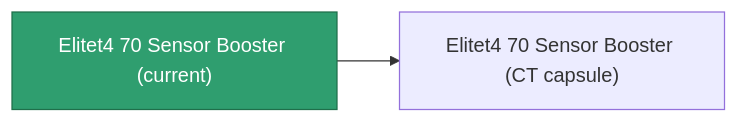
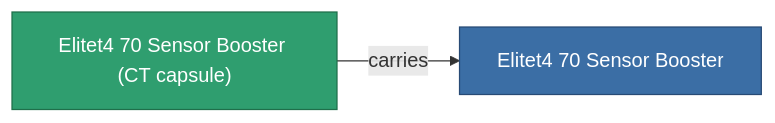
Before and after one commit to OpenPerpetuum/Wiki: the diagram in content/content/items/elitet4_70_sensor_booster.md, drawn with Mermaid. The commit also changed other lines of this file and 2015 other files, not shown here.

````diff
--- a/content/content/items/elitet4_70_sensor_booster.md
+++ b/content/content/items/elitet4_70_sensor_booster.md
@@ -37,8 +37,9 @@
 ```mermaid
 graph LR
-    a["Elitet4 70 Sensor Booster (current)"]:::current
-    b["Elitet4 70 Sensor Booster (CT capsule)"]
-    a --> b
-    click b "/content/items/elitet4-70-sensor-booster-ct-capsule/" "Elitet4 70 Sensor Booster (CT capsule)"
+    a["Elitet4 70 Sensor Booster (CT capsule)"]:::current
+    b["Elitet4 70 Sensor Booster"]:::finished
+    a -->|carries| b
+                click b "/content/items/elitet4-70-sensor-booster/" "Elitet4 70 Sensor Booster"
     classDef current fill:#2f9e6f,stroke:#1f6f4a,color:#ffffff
+    classDef finished fill:#3b6ea5,stroke:#274a75,color:#ffffff
 ```
````
